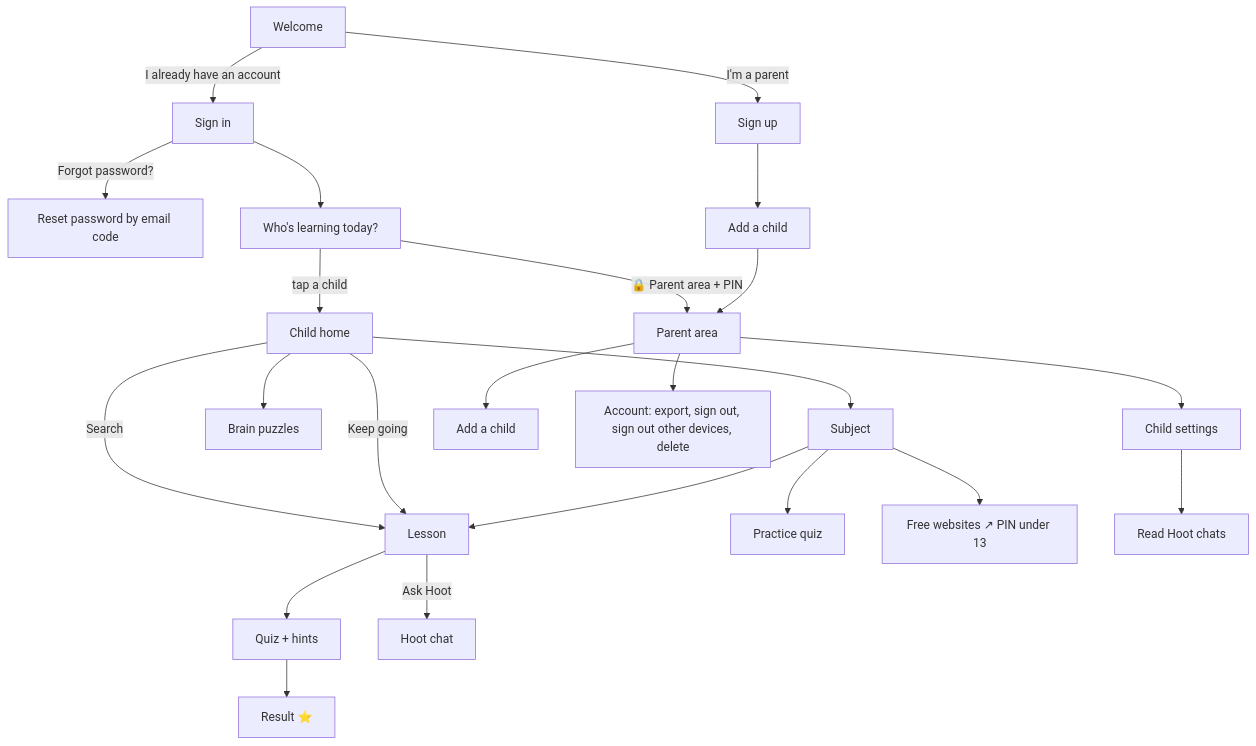
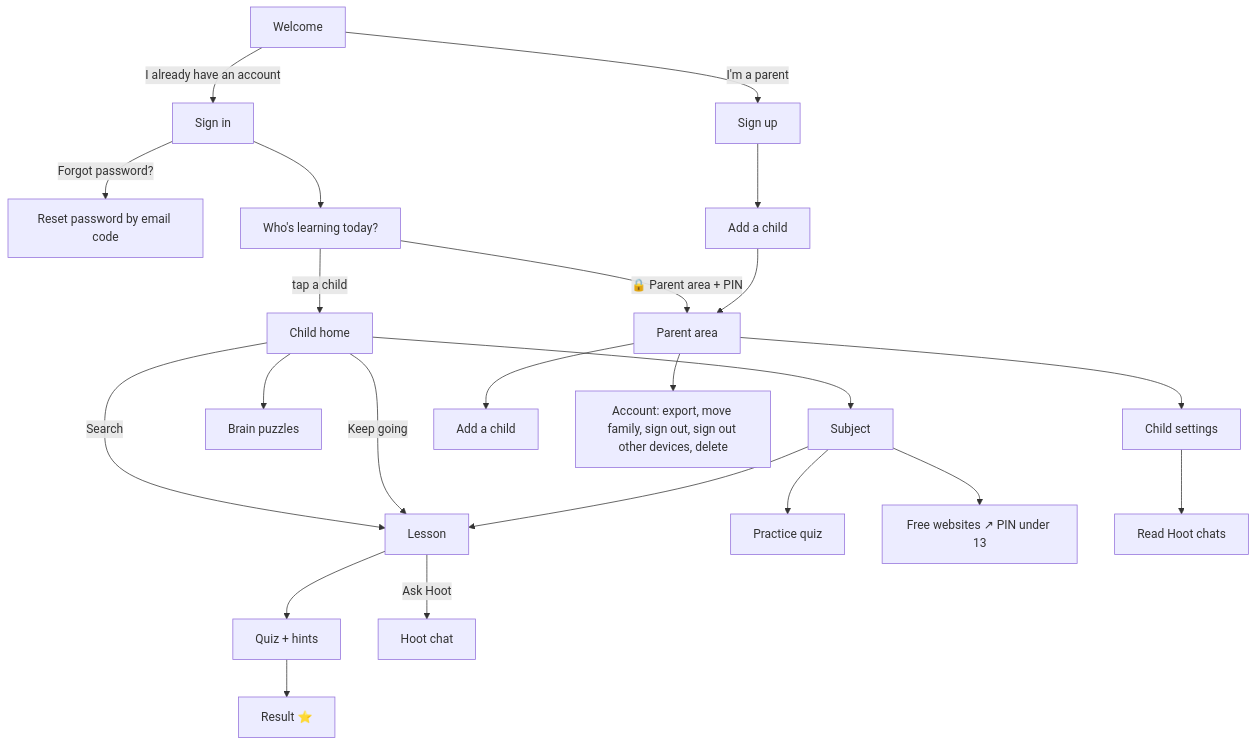
The diagram in docs/guide/4_HOW_TO_NAVIGATE.md (PHANI465/honest-learn), drawn with Mermaid before and after one commit. The commit also changed other lines of this file and 17 other files, not shown here.

First line of the commit message:
Move a family between a phone and a server: import of the data download

````diff
--- a/docs/guide/4_HOW_TO_NAVIGATE.md
+++ b/docs/guide/4_HOW_TO_NAVIGATE.md
@@ -7,21 +7,21 @@
 ```mermaid
 flowchart TD
   W[Welcome] -->|I'm a parent| SU[Sign up]
   W -->|I already have an account| LI[Sign in]
   LI -->|Forgot password?| FP[Reset password by email code]
   SU --> AC[Add a child]
   LI --> P[Who's learning today?]
   AC --> PA
   P -->|tap a child| H[Child home]
   P -->|🔒 Parent area + PIN| PA[Parent area]
   H --> S[Subject] --> L[Lesson] --> Q[Quiz + hints] --> R[Result ⭐]
   L -->|Ask Hoot| T[Hoot chat]
   H -->|Keep going| L
   H -->|Search| L
   H --> BP[Brain puzzles]
   S --> PR[Practice quiz]
   S --> FR[Free websites ↗ PIN under 13]
   PA --> CS[Child settings] --> CH[Read Hoot chats]
   PA --> ADD[Add a child]
-  PA --> ACC[Account: export, sign out, sign out other devices, delete]
+  PA --> ACC[Account: export, move family, sign out, sign out other devices, delete]
 ```
````
